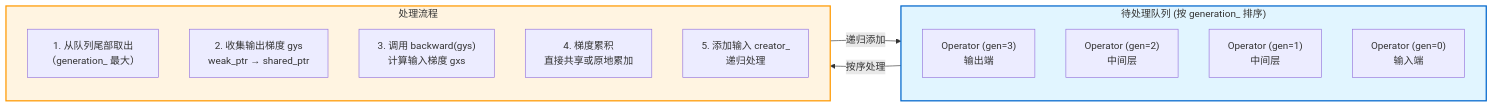
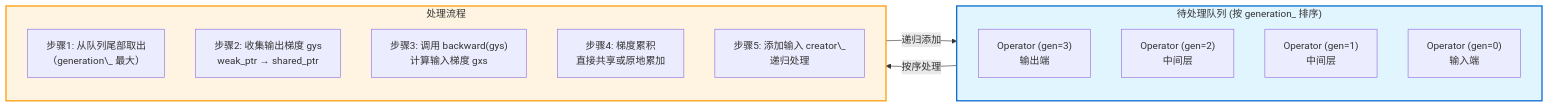
Before and after one commit to jinbooooom/OriginDL: diagram 16 of 41 in docs/design/architecture.md, drawn with Mermaid. The commit also changed other lines of this file, not shown here.

````diff
--- a/docs/design/architecture.md
+++ b/docs/design/architecture.md
@@ -1166,25 +1085,25 @@
 ```mermaid
 flowchart LR
     subgraph Queue["待处理队列 (按 generation_ 排序)"]
         direction TB
         Op3["Operator (gen=3)<br/>输出端"]
         Op2["Operator (gen=2)<br/>中间层"]
         Op1["Operator (gen=1)<br/>中间层"]
         Op0["Operator (gen=0)<br/>输入端"]
     end
     
     subgraph Process["处理流程"]
         direction TB
-        Step1["1. 从队列尾部取出<br/>（generation_ 最大）"]
-        Step2["2. 收集输出梯度 gys<br/>weak_ptr → shared_ptr"]
-        Step3["3. 调用 backward(gys)<br/>计算输入梯度 gxs"]
-        Step4["4. 梯度累积<br/>直接共享或原地累加"]
-        Step5["5. 添加输入 creator_<br/>递归处理"]
+        Step1["步骤1: 从队列尾部取出<br/>（generation\_ 最大）"]
+        Step2["步骤2: 收集输出梯度 gys<br/>weak_ptr → shared_ptr"]
+        Step3["步骤3: 调用 backward(gys)<br/>计算输入梯度 gxs"]
+        Step4["步骤4: 梯度累积<br/>直接共享或原地累加"]
+        Step5["步骤5: 添加输入 creator\_<br/>递归处理"]
     end
     
     Queue -->|按序处理| Process
     Process -->|递归添加| Queue
     
     style Queue fill:#e1f5ff,stroke:#0066cc,stroke-width:2px
     style Process fill:#fff4e1,stroke:#ff9900,stroke-width:2px
 ```
````
